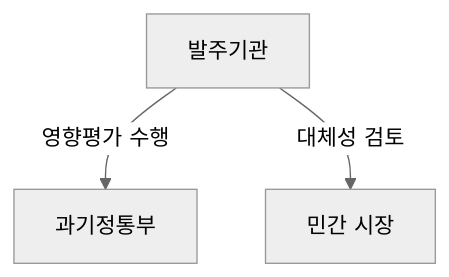
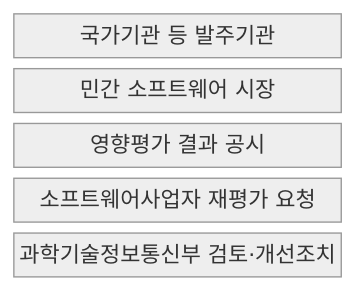
One commit to agnusdei1207/knowledge-base changed the first of 2 diagrams in src/content/docs/notes/07-law-policy/017_sw_business_impact_assessment.md. Above: the diagram before and after it, drawn with Mermaid (neutral theme). The commit also changed other lines of this file and 9 other files, not shown here.

````diff
--- a/src/content/docs/notes/07-law-policy/017_sw_business_impact_assessment.md
+++ b/src/content/docs/notes/07-law-policy/017_sw_business_impact_assessment.md
@@ -50,5 +50,9 @@
 ```mermaid
-flowchart TD
-    발주기관["발주기관"] -- 영향평가 수행 --> 과기정통부["과기정통부"]
-    발주기관 -- 대체성 검토 --> 민간_시장["민간 시장"]
+block-beta
+    columns 1
+    A["국가기관 등 발주기관"]
+    B["민간 소프트웨어 시장"]
+    C["영향평가 결과 공시"]
+    D["소프트웨어사업자 재평가 요청"]
+    E["과학기술정보통신부 검토·개선조치"]
 ```
````
